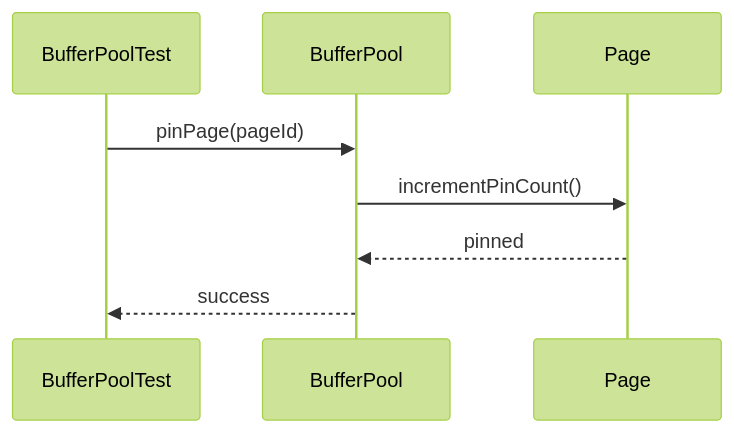
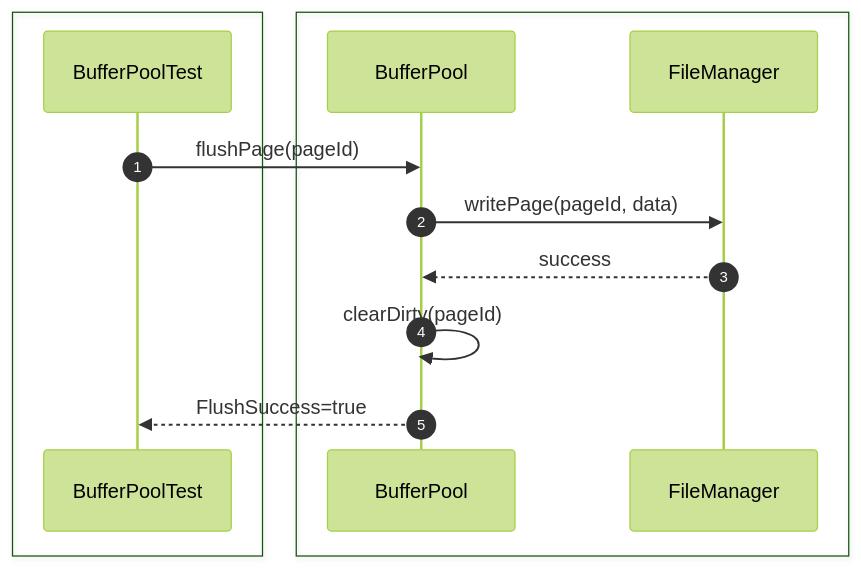
Before and after one commit to Huy1801214/dbms-architecture: the fifth of 52 diagrams in src/sequence/storage-engine.md, drawn with Mermaid (forest theme). The commit also changed other lines of this file and 10 other files, not shown here.

Commit message:
add comprehensive sequence diagrams and documentation for system architecture and unit testing specifications

````diff
--- a/src/sequence/storage-engine.md
+++ b/src/sequence/storage-engine.md
@@ -90,14 +76,18 @@
 ```mermaid
 sequenceDiagram
+    autonumber
+
+    box #e1f5fe Test Suite
     participant Test as BufferPoolTest
+    end
+    box #e0f2f1 Storage Components
     participant Buffer as BufferPool
-    participant Page
+    participant FileManager as FileManager
+    end
 
-    Test->>Buffer: pinPage(pageId)
-
-    Buffer->>Page: incrementPinCount()
-
-    Page-->>Buffer: pinned
-
-    Buffer-->>Test: success 
+    Test->>Buffer: flushPage(pageId)
+    Buffer->>FileManager: writePage(pageId, data)
+    FileManager-->>Buffer: success
+    Buffer->>Buffer: clearDirty(pageId)
+    Buffer-->>Test: FlushSuccess=true
 ```
````
